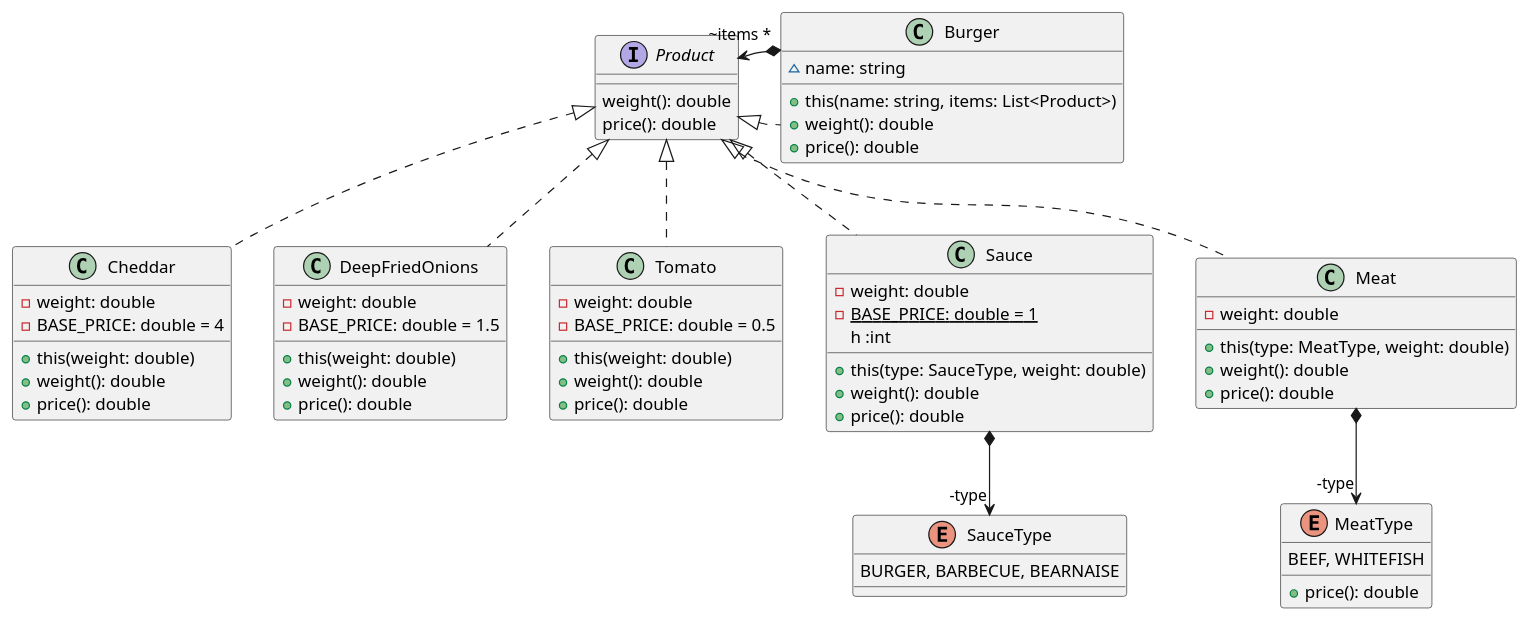
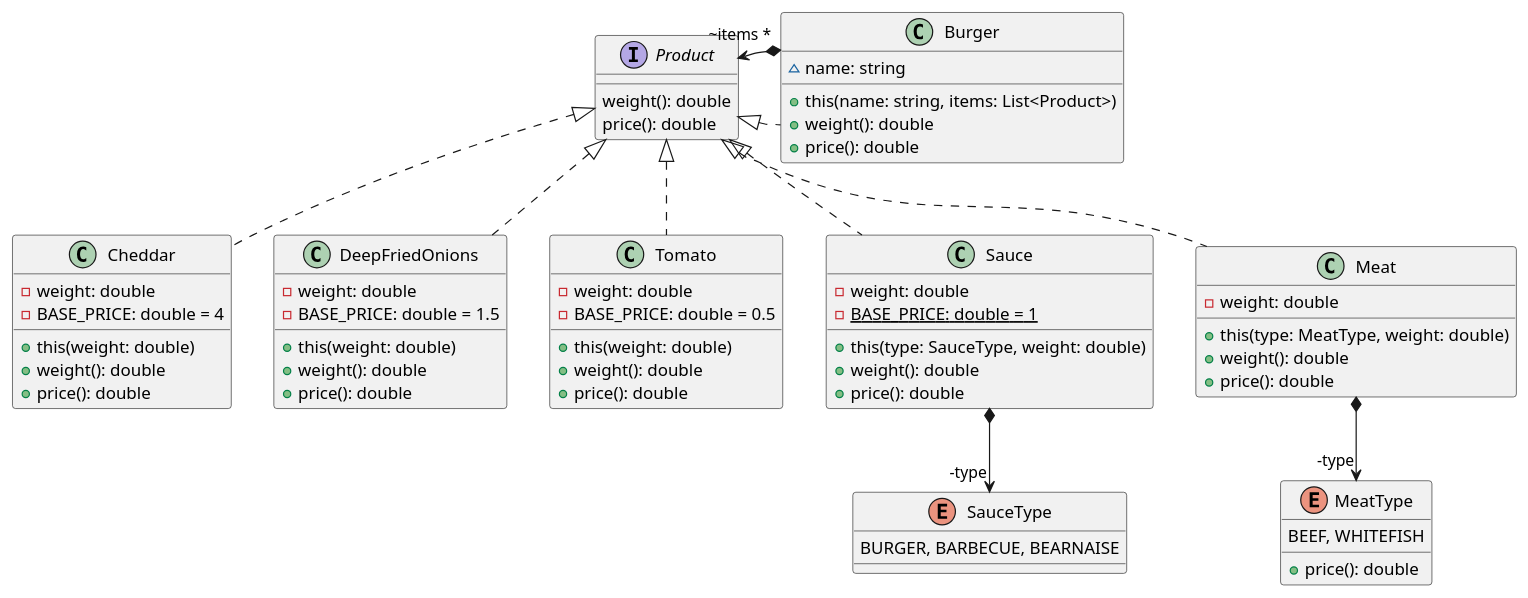
Before and after one commit to ANIESSE05/TD-MAPC-M1-MIAGE: the diagram in td1originalDiagram.plantuml, drawn with PlantUML.

Commit message:
foorth commit

```diff
--- a/td1originalDiagram.plantuml
+++ b/td1originalDiagram.plantuml
@@ -1,67 +1,67 @@
 @startuml classdiagram
 
     interface Product {
         weight(): double
         price(): double
     }
 
     enum SauceType {
         BURGER, BARBECUE, BEARNAISE
     }
 
     enum MeatType {
         BEEF, WHITEFISH
         + price(): double
     }
 
     class Cheddar implements Product {
         - weight: double
         - BASE_PRICE: double = 4
         + this(weight: double)
         + weight(): double
         + price(): double
     }
 
     class DeepFriedOnions implements Product {
         - weight: double
         - BASE_PRICE: double = 1.5
         + this(weight: double)
         + weight(): double
         + price(): double
     }
 
     class Tomato implements Product {
         - weight: double
         - BASE_PRICE: double = 0.5
         + this(weight: double)
         + weight(): double
         + price(): double
     }  
 
     class Sauce implements Product { 
         - weight: double
         - {static} BASE_PRICE: double = 1
         + this(type: SauceType, weight: double)
         + weight(): double   
         + price(): double
-        h :int
+       
     }
     Sauce *--> "-type" SauceType
 
     class Meat implements Product {
         - weight: double
         + this(type: MeatType, weight: double)
         + weight(): double
         + price(): double
     }
     Meat *--> "-type" MeatType
 
     class Burger implements Product {
         ~ name: string
         + this(name: string, items: List<Product>)
         + weight(): double
         + price(): double
     }
     Burger *-> "~items *" Product
 
 @enduml
```
